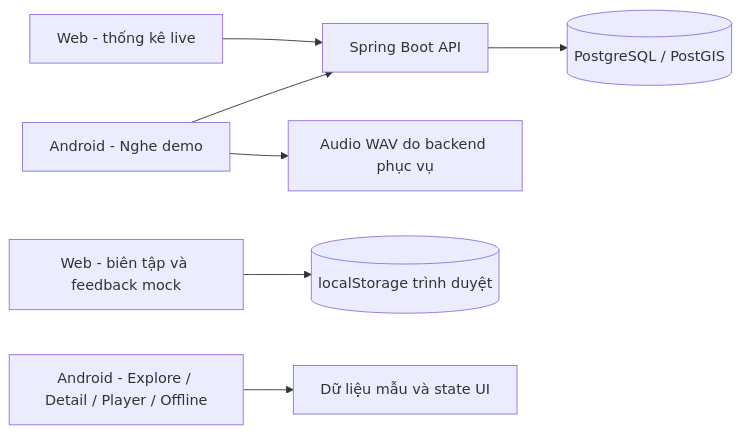
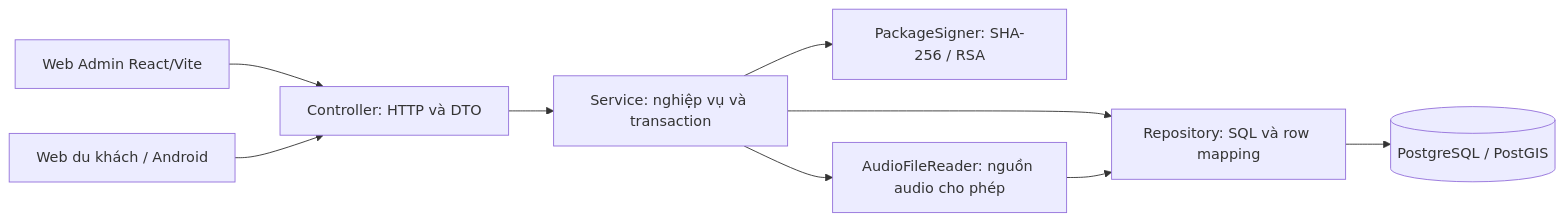
The first of 2 diagrams in docs/vi/DEMO_CODE_GUIDE.md (HuyTec/CNPM-Multilingual-Audio-Guide-2026-2027), drawn with Mermaid before and after one commit. The commit also changed other lines of this file and 4 other files, not shown here.

Commit message:
docs: align demo guide with layered admin and feedback APIs

````diff
--- a/docs/vi/DEMO_CODE_GUIDE.md
+++ b/docs/vi/DEMO_CODE_GUIDE.md
@@ -25,9 +7,11 @@
 ```mermaid
 flowchart LR
-    Android[Android - Nghe demo] --> API[Spring Boot API]
-    WebLive[Web - thống kê live] --> API
-    API --> DB[(PostgreSQL / PostGIS)]
-    Android --> Audio[Audio WAV do backend phục vụ]
-    WebMock[Web - biên tập và feedback mock] --> LS[(localStorage trình duyệt)]
-    AndroidMock[Android - Explore / Detail / Player / Offline] --> Fixtures[Dữ liệu mẫu và state UI]
+    Web[Web Admin React/Vite] --> C[Controller: HTTP và DTO]
+    Tourist[Web du khách / Android] --> C
+    C --> S[Service: nghiệp vụ và transaction]
+    S --> R[Repository: SQL và row mapping]
+    R --> DB[(PostgreSQL / PostGIS)]
+    S --> Signer[PackageSigner: SHA-256 / RSA]
+    S --> Audio[AudioFileReader: nguồn audio cho phép]
+    Audio --> R
 ```
````
